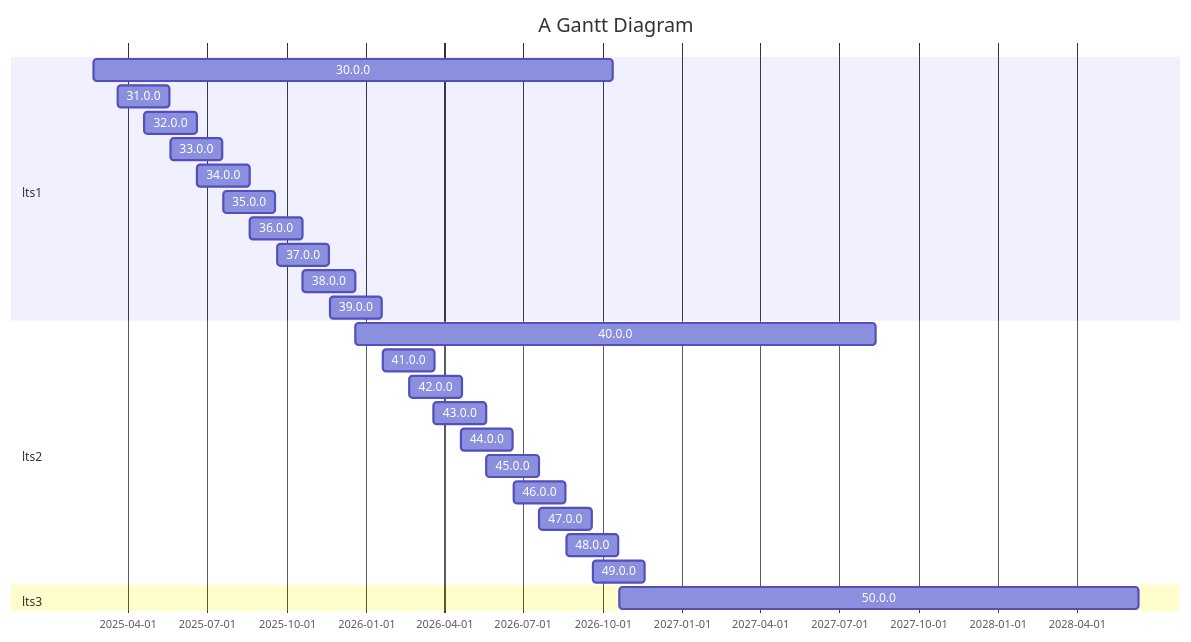
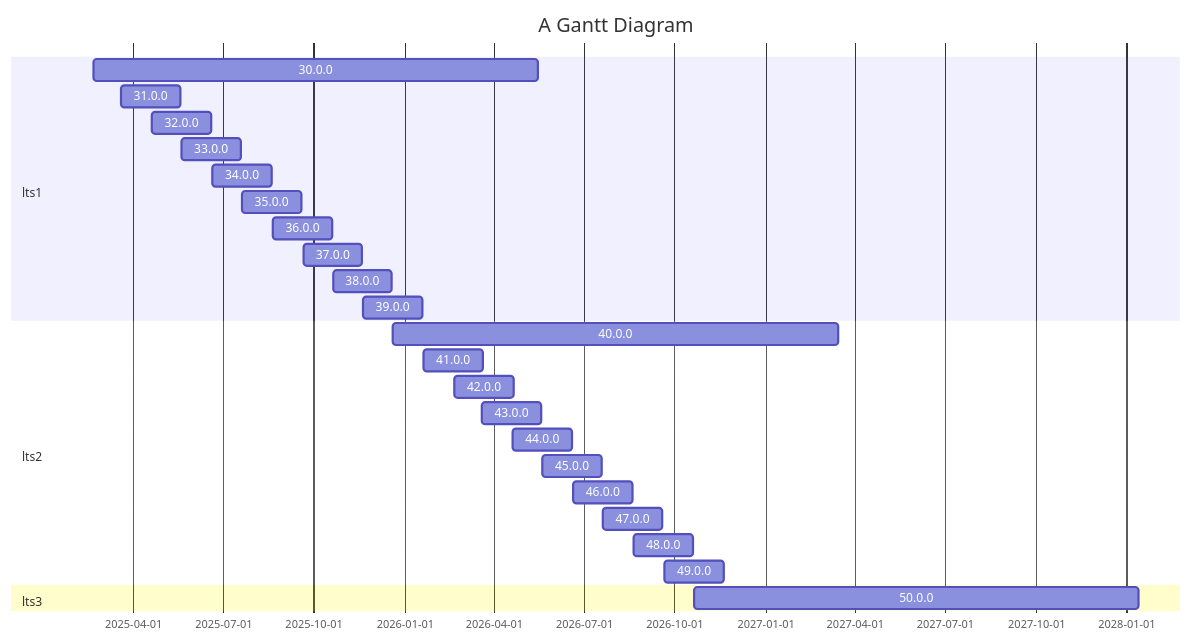
One commit to bytecodealliance/rfcs changed the diagram in accepted/wasmtime-lts.md. Above: the diagram before and after it, drawn with Mermaid. The commit also changed other lines of this file, not shown here.

````diff
--- a/accepted/wasmtime-lts.md
+++ b/accepted/wasmtime-lts.md
@@ -103,29 +126,29 @@
 ```mermaid
 gantt
     title A Gantt Diagram
     dateFormat  YYYY-MM-DD
     section lts1
-    30.0.0           :a1, 2025-02-20, 600d
+    30.0.0           :a1, 2025-02-20, 450d
     31.0.0           :a2, 2025-03-20, 60d
     32.0.0           :a2, 2025-04-20, 60d
     33.0.0           :a2, 2025-05-20, 60d
     34.0.0           :a2, 2025-06-20, 60d
     35.0.0           :a2, 2025-07-20, 60d
     36.0.0           :a2, 2025-08-20, 60d
     37.0.0           :a2, 2025-09-20, 60d
     38.0.0           :a2, 2025-10-20, 60d
     39.0.0           :a2, 2025-11-20, 60d
     section lts2
-    40.0.0           :a1, 2025-12-20, 600d
+    40.0.0           :a1, 2025-12-20, 450d
     41.0.0           :a2, 2026-01-20, 60d
     42.0.0           :a2, 2026-02-20, 60d
     43.0.0           :a2, 2026-03-20, 60d
     44.0.0           :a2, 2026-04-20, 60d
     45.0.0           :a2, 2026-05-20, 60d
     46.0.0           :a2, 2026-06-20, 60d
     47.0.0           :a2, 2026-07-20, 60d
     48.0.0           :a2, 2026-08-20, 60d
     49.0.0           :a2, 2026-09-20, 60d
     section lts3
-    50.0.0           :a1, 2026-10-20, 600d
+    50.0.0           :a1, 2026-10-20, 450d
 ```
````
